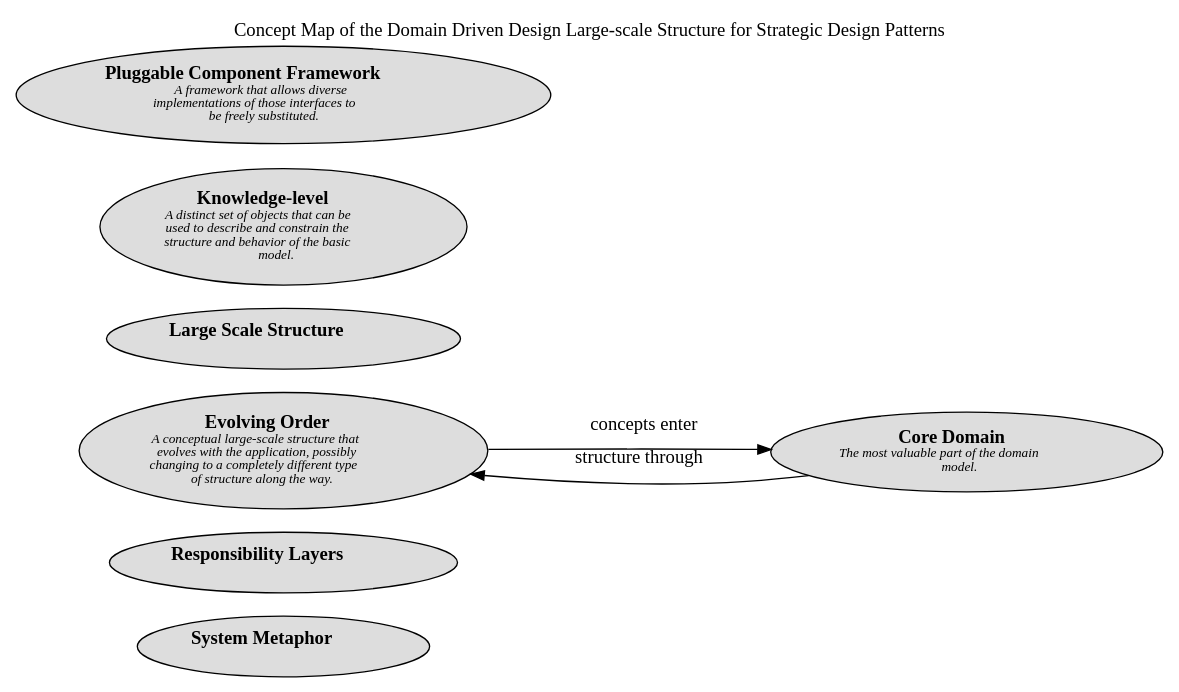
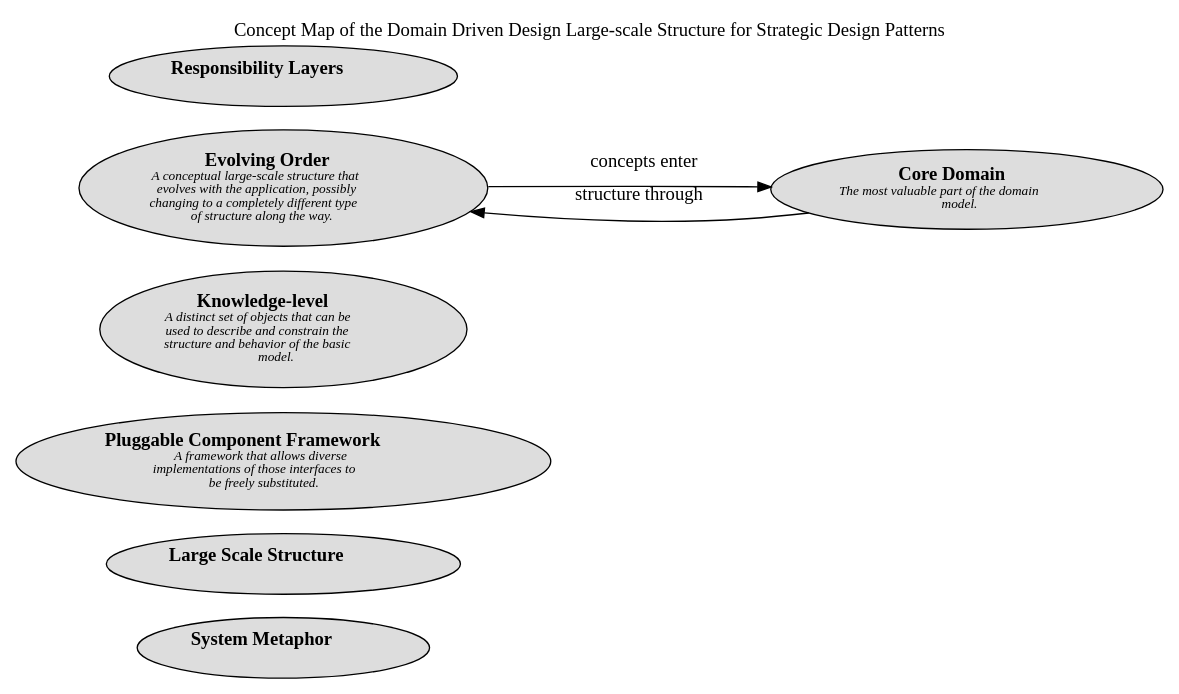
The diagram in docs/software-development/domain-driven-design/large-scale-structure/concept-view.dot (lsolbach/overarch-models), drawn with Graphviz before and after one commit. The commit also changed other lines of this file and 120 other files, not shown here.

```diff
--- a/docs/software-development/domain-driven-design/large-scale-structure/concept-view.dot
+++ b/docs/software-development/domain-driven-design/large-scale-structure/concept-view.dot
@@ -1,20 +1,20 @@
 digraph "Concept Map of the Domain Driven Design Large-scale Structure for Strategic Design Patterns" {
   labelloc= "t"
   label="Concept Map of the Domain Driven Design Large-scale Structure for Strategic Design Patterns"
   rankdir="LR"
 
   layout=dot
 software_development_domain_driven_design_large_scale_structure__c_system_metaphor [shape=ellipse style=filled fillcolor="#dddddd" label=<<B>System Metaphor</B><BR/><FONT POINT-SIZE="10"><I> </I></FONT>>]
+software_development_domain_driven_design_large_scale_structure__c_large_scale_structure [shape=ellipse style=filled fillcolor="#dddddd" label=<<B>Large Scale Structure</B><BR/><FONT POINT-SIZE="10"><I> </I></FONT>>]
+software_development_domain_driven_design_large_scale_structure__c_pluggable_component_framework [shape=ellipse style=filled fillcolor="#dddddd" label=<<B>Pluggable Component Framework</B><BR/><FONT POINT-SIZE="10"><I>A framework that allows diverse<BR/>implementations of those interfaces to<BR/>be freely substituted. </I></FONT>>]
+software_development_domain_driven_design_large_scale_structure__c_knowledge_level [shape=ellipse style=filled fillcolor="#dddddd" label=<<B>Knowledge-level</B><BR/><FONT POINT-SIZE="10"><I>A distinct set of objects that can be<BR/>used to describe and constrain the<BR/>structure and behavior of the basic<BR/>model. </I></FONT>>]
+software_development_domain_driven_design_large_scale_structure__c_evolving_order [shape=ellipse style=filled fillcolor="#dddddd" label=<<B>Evolving Order</B><BR/><FONT POINT-SIZE="10"><I>A conceptual large-scale structure that<BR/>evolves with the application, possibly<BR/>changing to a completely different type<BR/>of structure along the way. </I></FONT>>]
 software_development_domain_driven_design_large_scale_structure__c_responsibility_layers [shape=ellipse style=filled fillcolor="#dddddd" label=<<B>Responsibility Layers</B><BR/><FONT POINT-SIZE="10"><I> </I></FONT>>]
-software_development_domain_driven_design_large_scale_structure__c_evolving_order [shape=ellipse style=filled fillcolor="#dddddd" label=<<B>Evolving Order</B><BR/><FONT POINT-SIZE="10"><I>A conceptual large-scale structure that<BR/>evolves with the application, possibly<BR/>changing to a completely different type<BR/>of structure along the way. </I></FONT>>]
 software_development_domain_driven_design_distillation__c_core_domain [shape=ellipse style=filled fillcolor="#dddddd" label=<<B>Core Domain</B><BR/><FONT POINT-SIZE="10"><I>The most valuable part of the domain<BR/>model. </I></FONT>>]
-software_development_domain_driven_design_large_scale_structure__c_large_scale_structure [shape=ellipse style=filled fillcolor="#dddddd" label=<<B>Large Scale Structure</B><BR/><FONT POINT-SIZE="10"><I> </I></FONT>>]
-software_development_domain_driven_design_large_scale_structure__c_knowledge_level [shape=ellipse style=filled fillcolor="#dddddd" label=<<B>Knowledge-level</B><BR/><FONT POINT-SIZE="10"><I>A distinct set of objects that can be<BR/>used to describe and constrain the<BR/>structure and behavior of the basic<BR/>model. </I></FONT>>]
-software_development_domain_driven_design_large_scale_structure__c_pluggable_component_framework [shape=ellipse style=filled fillcolor="#dddddd" label=<<B>Pluggable Component Framework</B><BR/><FONT POINT-SIZE="10"><I>A framework that allows diverse<BR/>implementations of those interfaces to<BR/>be freely substituted. </I></FONT>>]
  
 software_development_domain_driven_design_distillation__c_core_domain -> software_development_domain_driven_design_large_scale_structure__c_evolving_order [label=<structure through<BR/><FONT POINT-SIZE="10"><I> </I></FONT>>]
 software_development_domain_driven_design_large_scale_structure__c_evolving_order -> software_development_domain_driven_design_distillation__c_core_domain [label=<concepts enter<BR/><FONT POINT-SIZE="10"><I> </I></FONT>>]
  
 }
 
 // (generated by Overarch with template views/view.dot.cmb)
```
